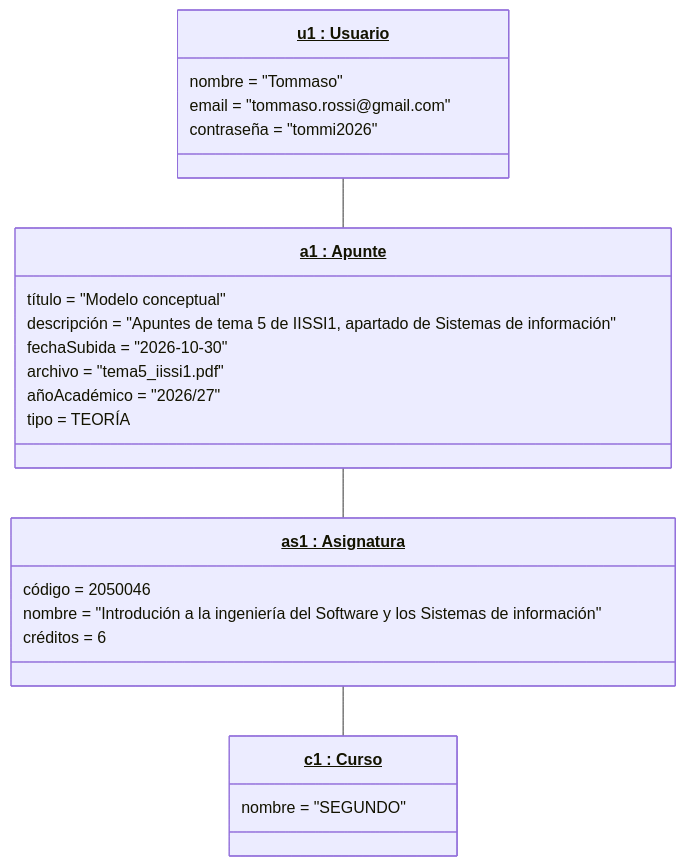
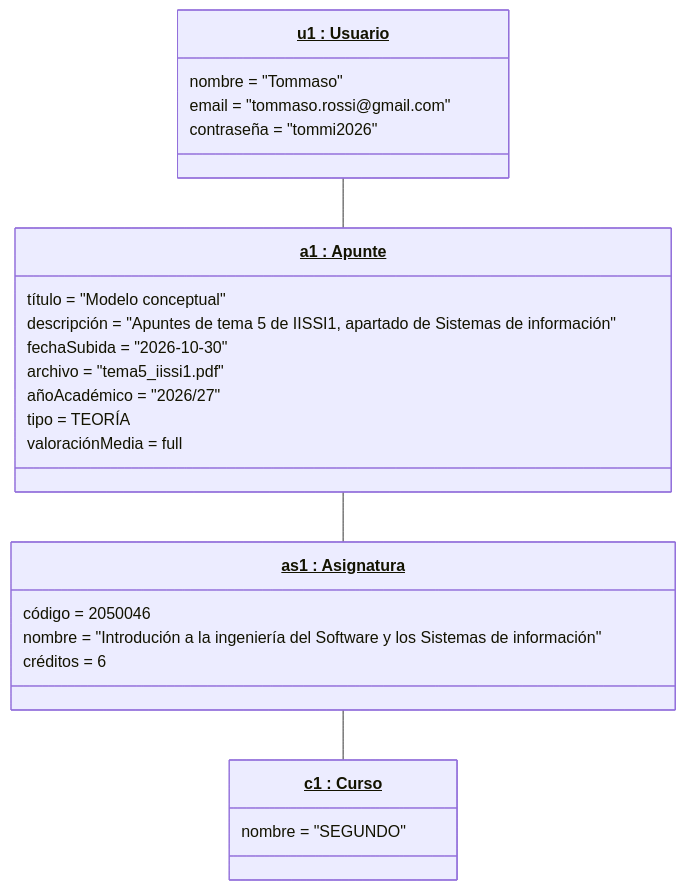
One commit to JaavierBC/proyecto-curso-iissi1-2026-GWQ0807 changed the first of 2 diagrams in README.md. Above: the diagram before and after it, drawn with Mermaid. The commit also changed other lines of this file, not shown here.

Commit message:
Update Apunte object to include valoraciónMedia
Added 'valoraciónMedia' attribute to 'Apunte' object.

````diff
--- a/README.md
+++ b/README.md
@@ -349,27 +349,28 @@
 ```mermaid
 classDiagram
     class u1["<u>u1 : Usuario</u>"]{
         nombre = "Tommaso"
         email = "tommaso.rossi@gmail.com"
         contraseña = "tommi2026"
     }
     class a1["<u>a1 : Apunte</u>"]{
         título = "Modelo conceptual"
         descripción = "Apuntes de tema 5 de IISSI1, apartado de Sistemas de información"
         fechaSubida = "2026-10-30"
         archivo = "tema5_iissi1.pdf"
         añoAcadémico = "2026/27"
-        tipo = TEORÍA 
+        tipo = TEORÍA
+        valoraciónMedia = full
     }
     class as1["<u>as1 : Asignatura</u>"]{
         código = 2050046
         nombre = "Introdución a la ingeniería del Software y los Sistemas de información"
         créditos = 6
     }
     class c1["<u>c1 : Curso</u>"]{
         nombre = "SEGUNDO"
     }
     u1 -- a1
     a1 -- as1
     as1 -- c1
 ```
````
